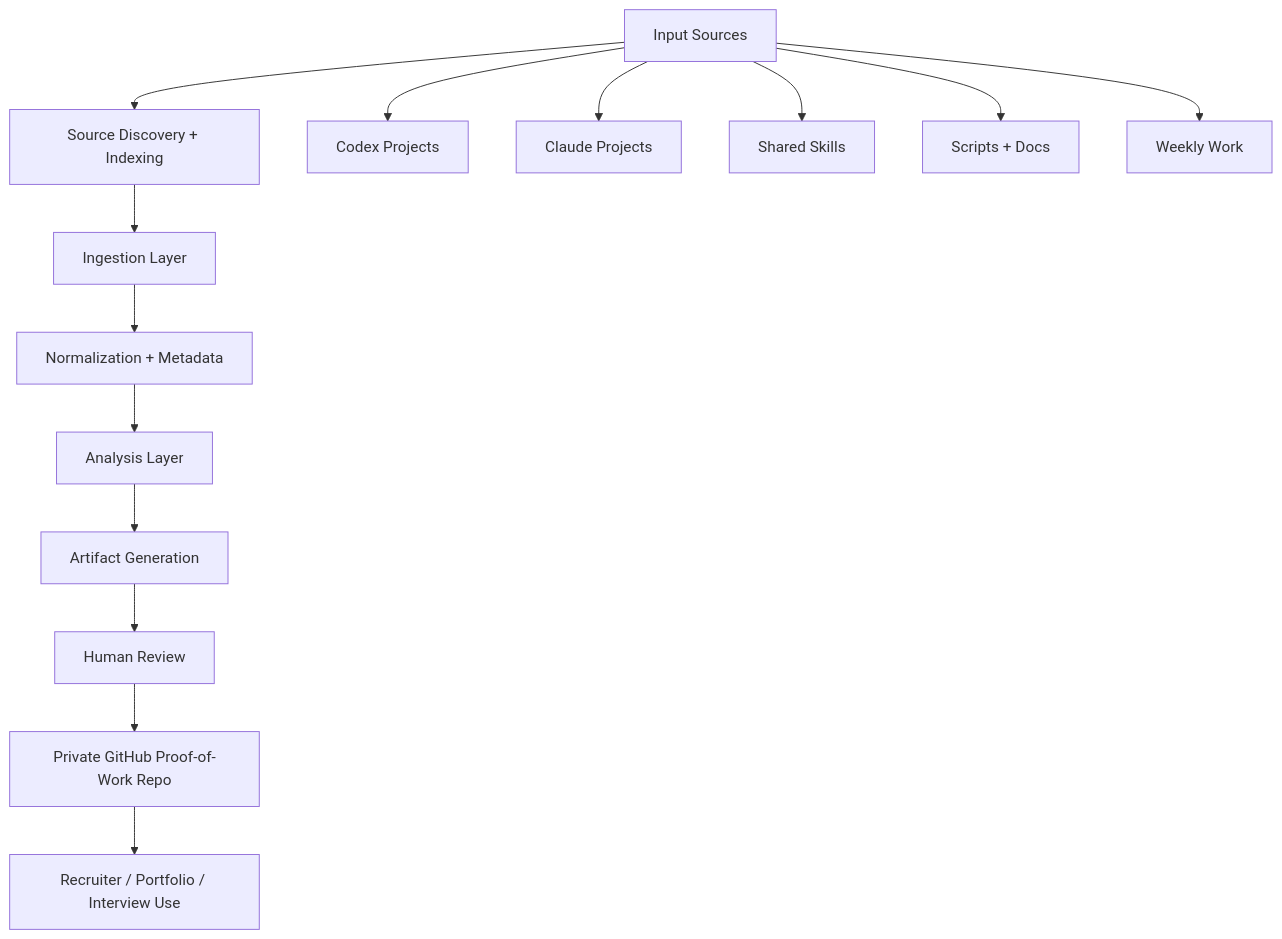
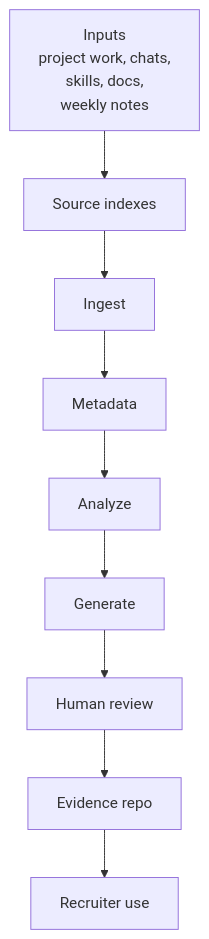
One commit to marcus-uden-dev/ai-native-proof-of-work changed the diagram in architecture/ARCHITECTURE.md. Above: the diagram before and after it, drawn with Mermaid. The commit also changed other lines of this file and 78 other files, not shown here.

Commit message:
Reframe strategy and diagrams around project proof

````diff
--- a/architecture/ARCHITECTURE.md
+++ b/architecture/ARCHITECTURE.md
@@ -32,17 +32,11 @@
 ```mermaid
 flowchart TD
-    A[Input Sources] --> B[Source Discovery + Indexing]
-    B --> C[Ingestion Layer]
-    C --> D[Normalization + Metadata]
-    D --> E[Analysis Layer]
-    E --> F[Artifact Generation]
-    F --> G[Human Review]
-    G --> H[Private GitHub Proof-of-Work Repo]
-    H --> I[Recruiter / Portfolio / Interview Use]
-
-    A --> A1[Codex Projects]
-    A --> A2[Claude Projects]
-    A --> A3[Shared Skills]
-    A --> A4[Scripts + Docs]
-    A --> A5[Weekly Work]
+    A["Inputs<br/>project work, chats,<br/>skills, docs,<br/>weekly notes"] --> B["Source indexes"]
+    B --> C["Ingest"]
+    C --> D["Metadata"]
+    D --> E["Analyze"]
+    E --> F["Generate"]
+    F --> G["Human review"]
+    G --> H["Evidence repo"]
+    H --> I["Recruiter use"]
 ```
````
